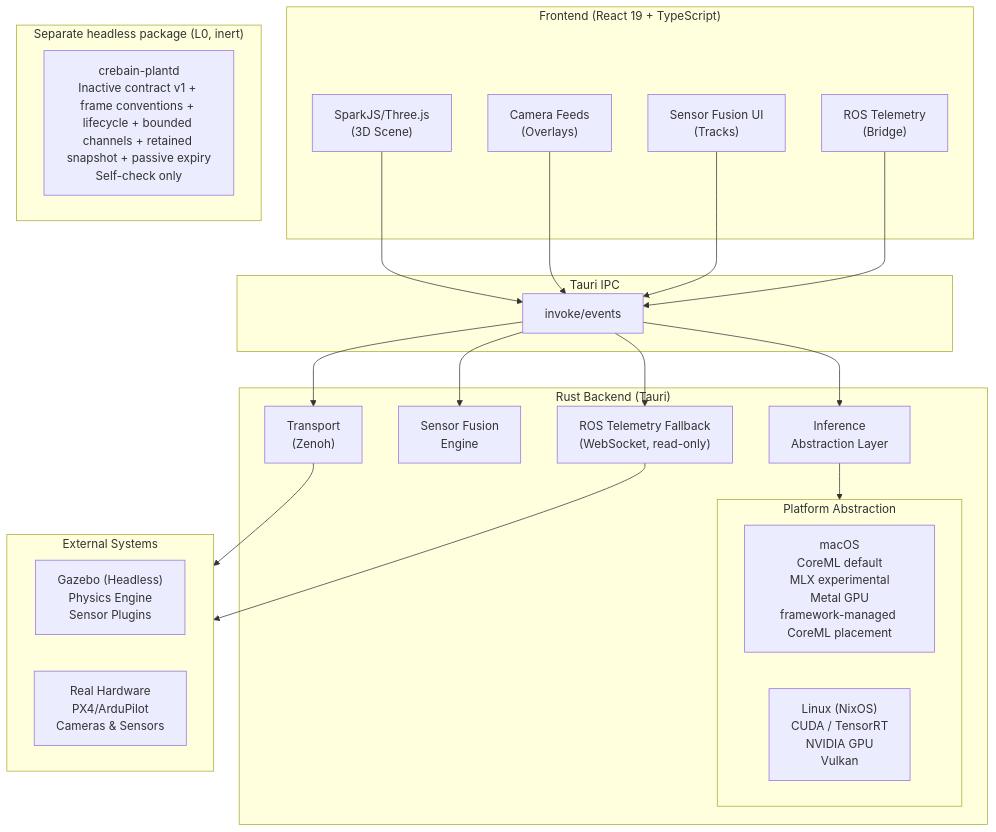
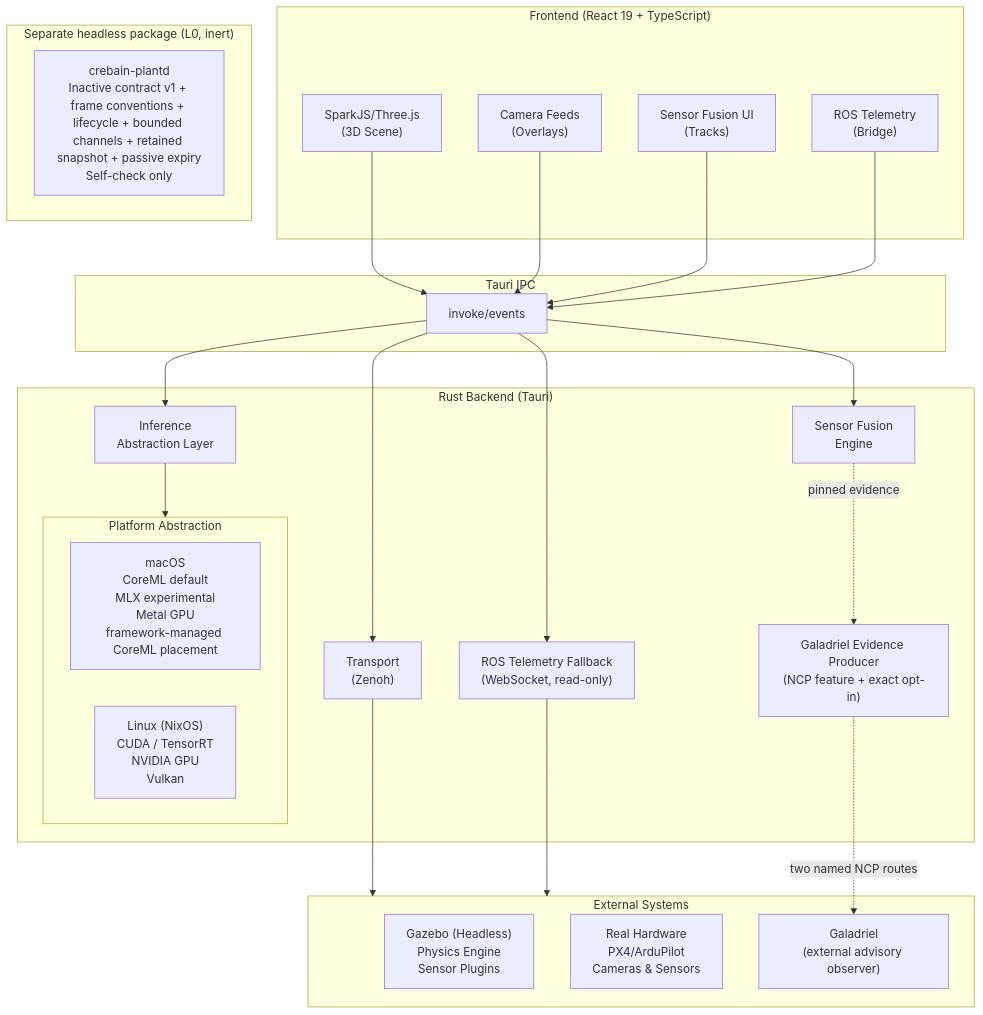
Before and after one commit to sepahead/crebain: the first of 3 diagrams in docs/ARCHITECTURE.md, drawn with Mermaid. The commit also changed other lines of this file and 46 other files, not shown here.

First line of the commit message:
feat(galadriel): ship bounded evidence producer (#30)

````diff
--- a/docs/ARCHITECTURE.md
+++ b/docs/ARCHITECTURE.md
@@ -10,49 +11,53 @@
 ```mermaid
 graph TB
     subgraph Frontend["Frontend (React 19 + TypeScript)"]
         ThreeJS["SparkJS/Three.js<br/>(3D Scene)"]
         CameraFeeds["Camera Feeds<br/>(Overlays)"]
         FusionUI["Sensor Fusion UI<br/>(Tracks)"]
         ROSControls["ROS Telemetry<br/>(Bridge)"]
     end
 
     subgraph IPC["Tauri IPC"]
         Invoke["invoke/events"]
     end
 
     subgraph Backend["Rust Backend (Tauri)"]
         Inference["Inference<br/>Abstraction Layer"]
         SensorFusion["Sensor Fusion<br/>Engine"]
         Zenoh["Transport<br/>(Zenoh)"]
         ROSBridge["ROS Telemetry Fallback<br/>(WebSocket, read-only)"]
+        EvidenceProducer["Galadriel Evidence Producer<br/>(NCP feature + exact opt-in)"]
 
         subgraph Platform["Platform Abstraction"]
             macOS["macOS<br/>CoreML default<br/>MLX experimental<br/>Metal GPU<br/>framework-managed CoreML placement"]
             Linux["Linux (NixOS)<br/>CUDA / TensorRT<br/>NVIDIA GPU<br/>Vulkan"]
         end
     end
 
     subgraph PlantFoundation["Separate headless package (L0, inert)"]
         Plantd["crebain-plantd<br/>Inactive contract v1 + frame conventions + lifecycle + bounded channels + retained snapshot + passive expiry<br/>Self-check only"]
     end
 
     subgraph External["External Systems"]
         Gazebo["Gazebo (Headless)<br/>Physics Engine<br/>Sensor Plugins"]
         Hardware["Real Hardware<br/>PX4/ArduPilot<br/>Cameras & Sensors"]
+        Galadriel["Galadriel<br/>(external advisory observer)"]
     end
 
     ThreeJS --> Invoke
     CameraFeeds --> Invoke
     FusionUI --> Invoke
     ROSControls --> Invoke
 
     Invoke --> Inference
     Invoke --> SensorFusion
     Invoke --> Zenoh
     Invoke --> ROSBridge
+    SensorFusion -. pinned evidence .-> EvidenceProducer
 
     Inference --> Platform
 
     Zenoh --> External
     ROSBridge --> External
+    EvidenceProducer -. two named NCP routes .-> Galadriel
 ```
````
